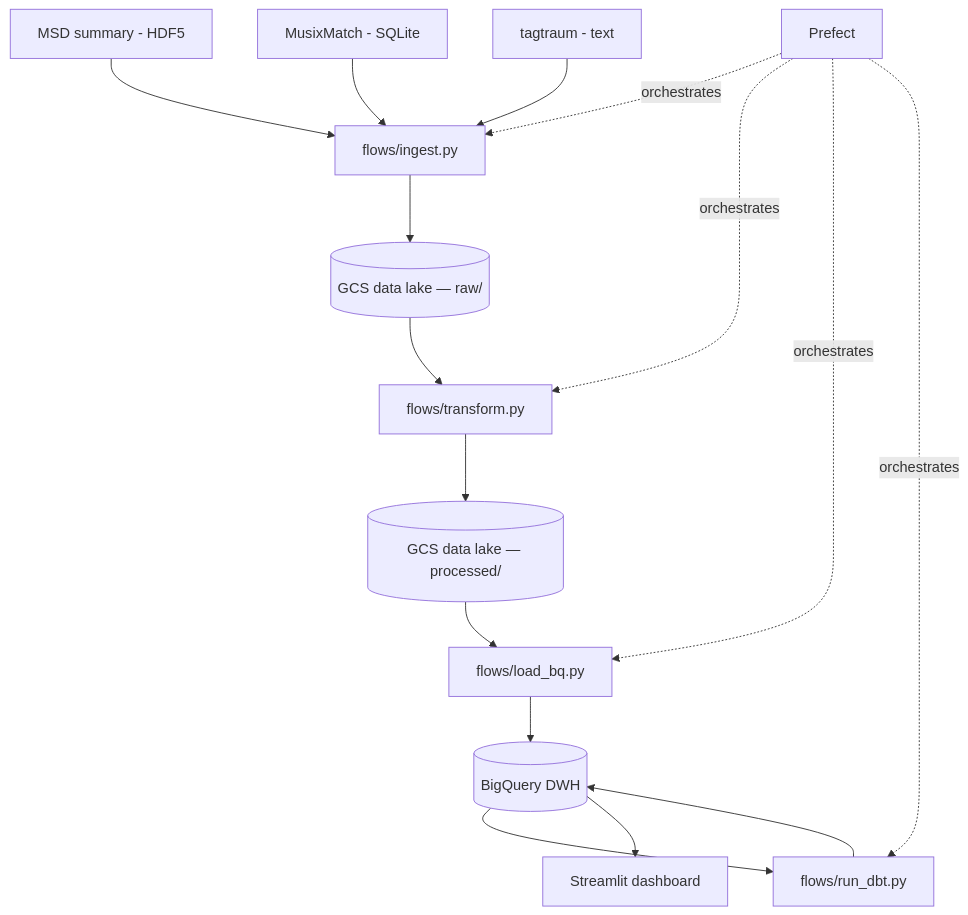
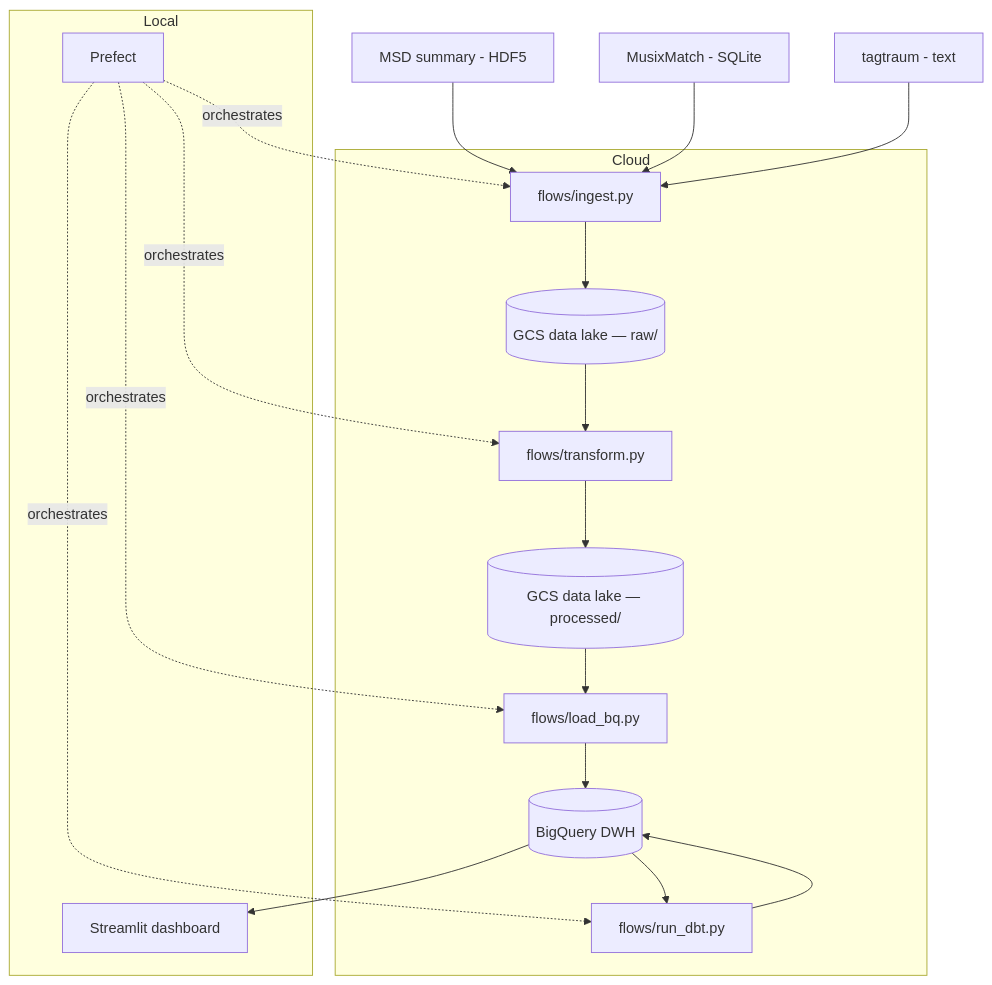
The diagram in README.md (malbiruk/million-songs-pipeline), drawn with Mermaid before and after one commit. The commit also changed 15 other files, not shown here.

Commit message:
Move ingest and transform to Cloud Run Jobs

````diff
--- a/README.md
+++ b/README.md
@@ -25,19 +25,28 @@
 ```mermaid
 graph TD
-    MSD[MSD summary - HDF5] --> ingest[flows/ingest.py]
+    MSD[MSD summary - HDF5] --> ingest
     MXM[MusixMatch - SQLite] --> ingest
     TAG[tagtraum - text] --> ingest
-    ingest --> GCS[(GCS data lake — raw/)]
-    GCS --> transform[flows/transform.py]
-    transform --> GCS2[(GCS data lake — processed/)]
-    GCS2 --> load[flows/load_bq.py]
-    load --> BQ[(BigQuery DWH)]
-    BQ --> dbt[flows/run_dbt.py]
-    dbt --> BQ
-    BQ --> ST[Streamlit dashboard]
+
+    subgraph Cloud
+        ingest[flows/ingest.py] --> GCS[(GCS data lake — raw/)]
+        GCS --> transform[flows/transform.py]
+        transform --> GCS2[(GCS data lake — processed/)]
+        GCS2 --> load[flows/load_bq.py]
+        load --> BQ[(BigQuery DWH)]
+        BQ --> dbt[flows/run_dbt.py]
+        dbt --> BQ
+    end
+
+    subgraph Local
+        Prefect
+        ST[Streamlit dashboard]
+    end
+
+    BQ --> ST
 
     Prefect -.orchestrates.-> ingest
     Prefect -.orchestrates.-> transform
     Prefect -.orchestrates.-> load
     Prefect -.orchestrates.-> dbt
 ```
````
